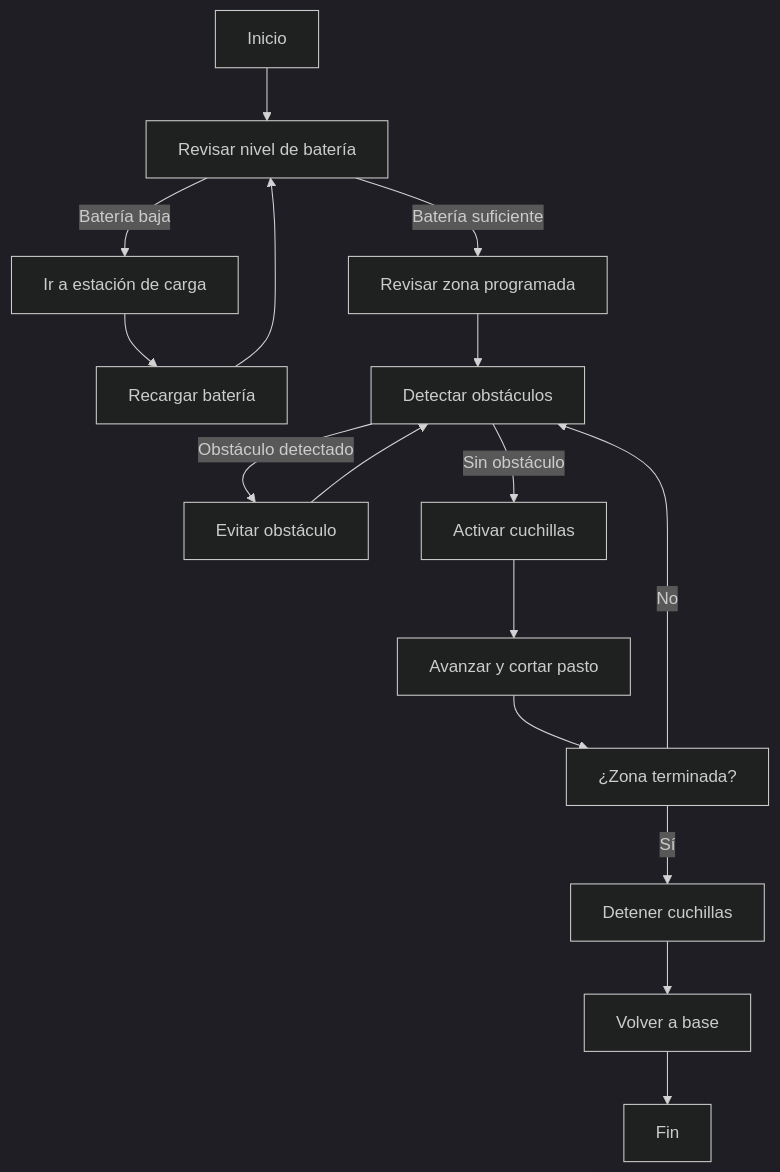
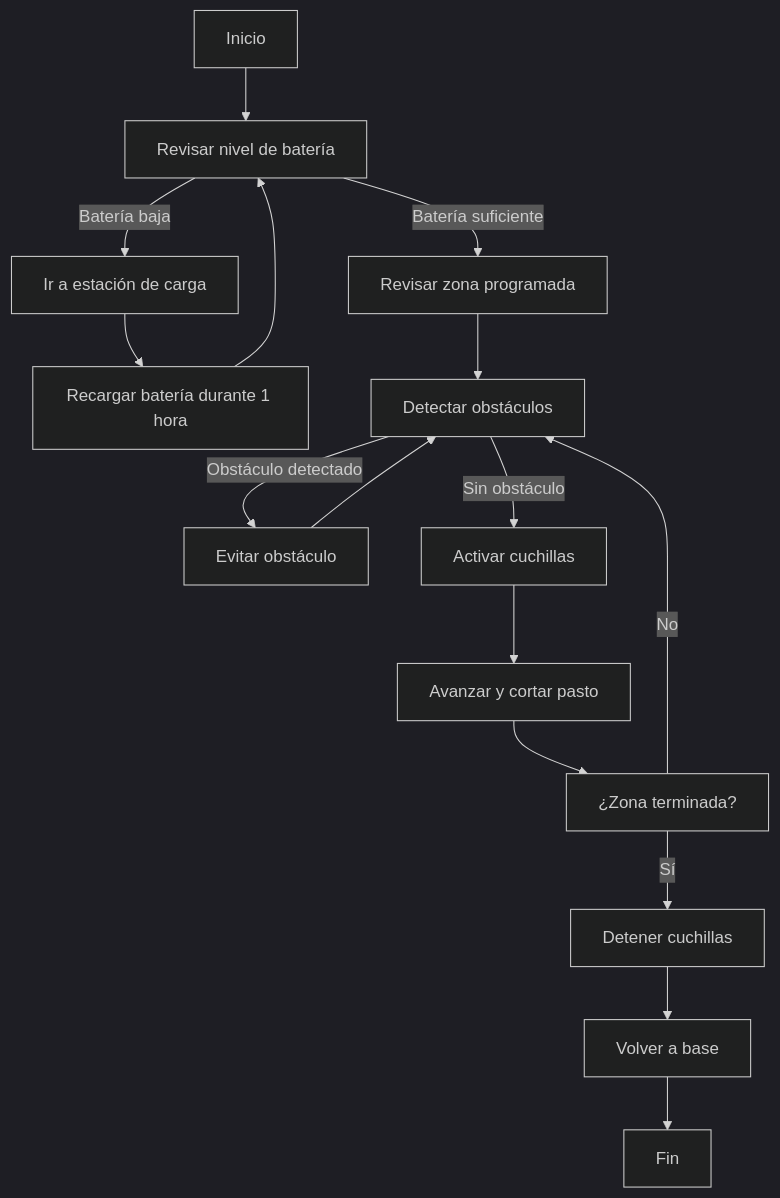
The diagram in docs/d_flujo.mmd (jxbecerra/repo_de_prueba), drawn with Mermaid (dark theme) before and after one commit.

Commit message:
Se actualizo el diagrama y se corrigio el error de tiempo de carga

````diff
--- a/docs/d_flujo.mmd
+++ b/docs/d_flujo.mmd
@@ -2,18 +2,18 @@
 ```mermaid
 flowchart TD
     A[Inicio] --> B[Revisar nivel de batería]
     B -->|Batería baja| C[Ir a estación de carga]
-    C --> D[Recargar batería]
+    C --> D[Recargar batería durante 1 hora]
     D --> B
     B -->|Batería suficiente| E[Revisar zona programada]
     E --> F[Detectar obstáculos]
     F -->|Obstáculo detectado| G[Evitar obstáculo]
     G --> F
     F -->|Sin obstáculo| H[Activar cuchillas]
     H --> I[Avanzar y cortar pasto]
     I --> J[¿Zona terminada?]
     J -- No --> F
     J -- Sí --> K[Detener cuchillas]
     K --> L[Volver a base]
     L --> M[Fin]
 ```
````
